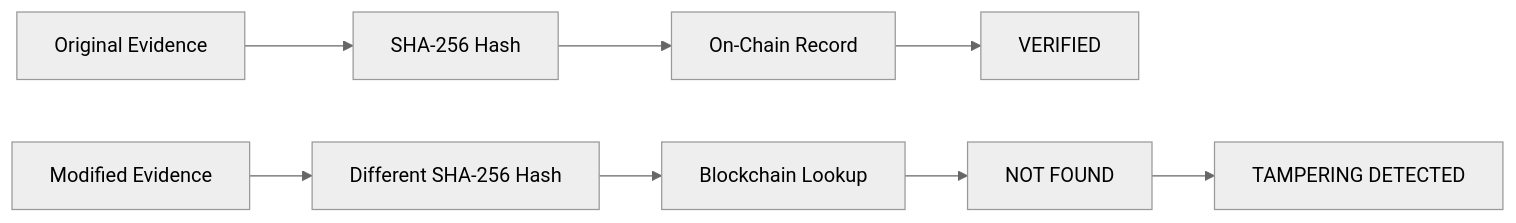
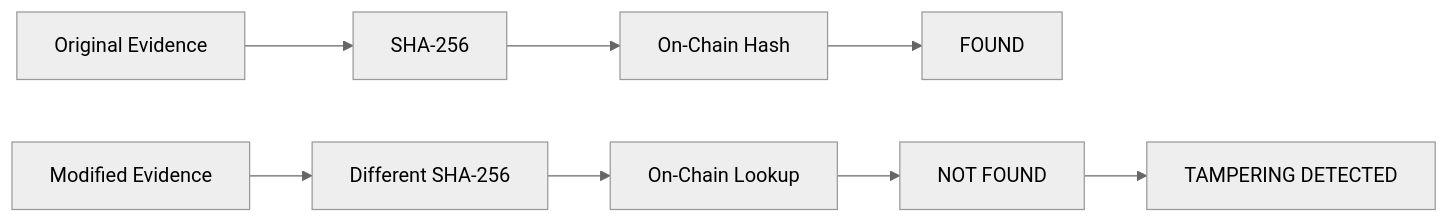
Before and after one commit to mohdasif-v1/hh-goa2026-task-03: the fourth of 4 diagrams in README.md, drawn with Mermaid (neutral theme). The commit also changed other lines of this file, not shown here.

````diff
--- a/README.md
+++ b/README.md
@@ -131,11 +104,10 @@
 ```mermaid
 flowchart LR
-    A["Original Evidence"] --> B["SHA-256 Hash"]
-    B --> C["On-Chain Record"]
-    C --> D["VERIFIED"]
-
-    E["Modified Evidence"] --> F["Different SHA-256 Hash"]
-    F --> G["Blockchain Lookup"]
+    A["Original Evidence"] --> B["SHA-256"]
+    B --> C["On-Chain Hash"]
+    C --> D["FOUND"]
+    E["Modified Evidence"] --> F["Different SHA-256"]
+    F --> G["On-Chain Lookup"]
     G --> H["NOT FOUND"]
     H --> I["TAMPERING DETECTED"]
 ```
````
